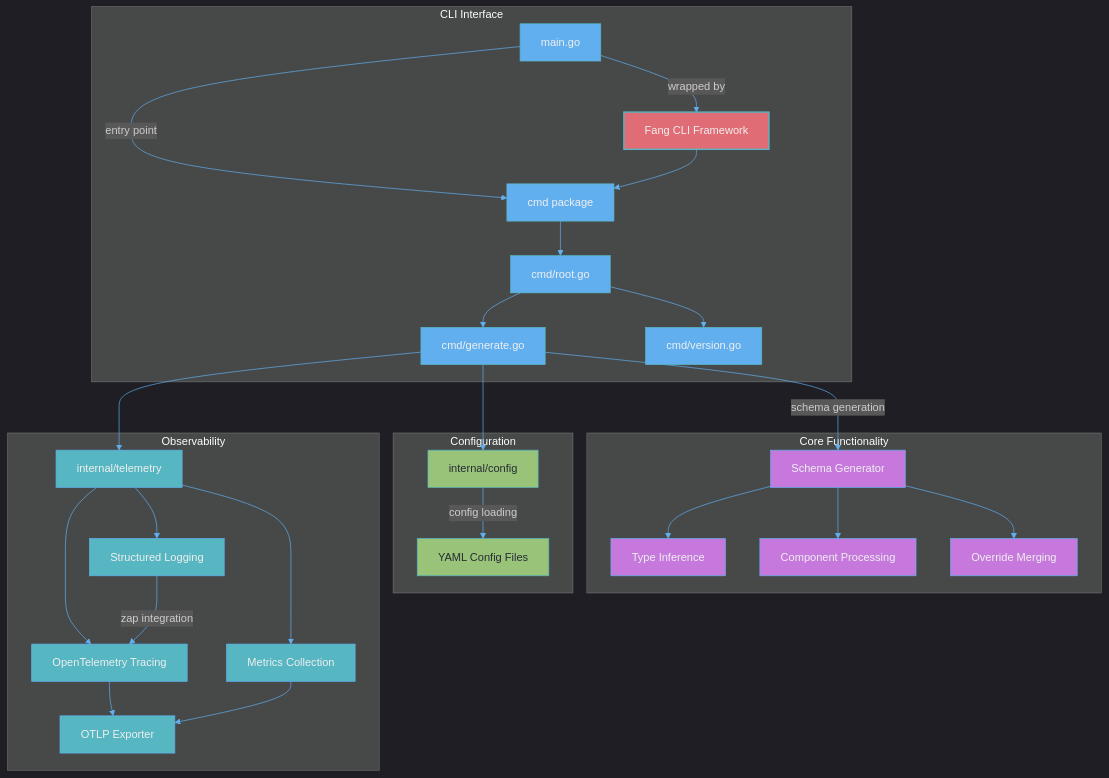
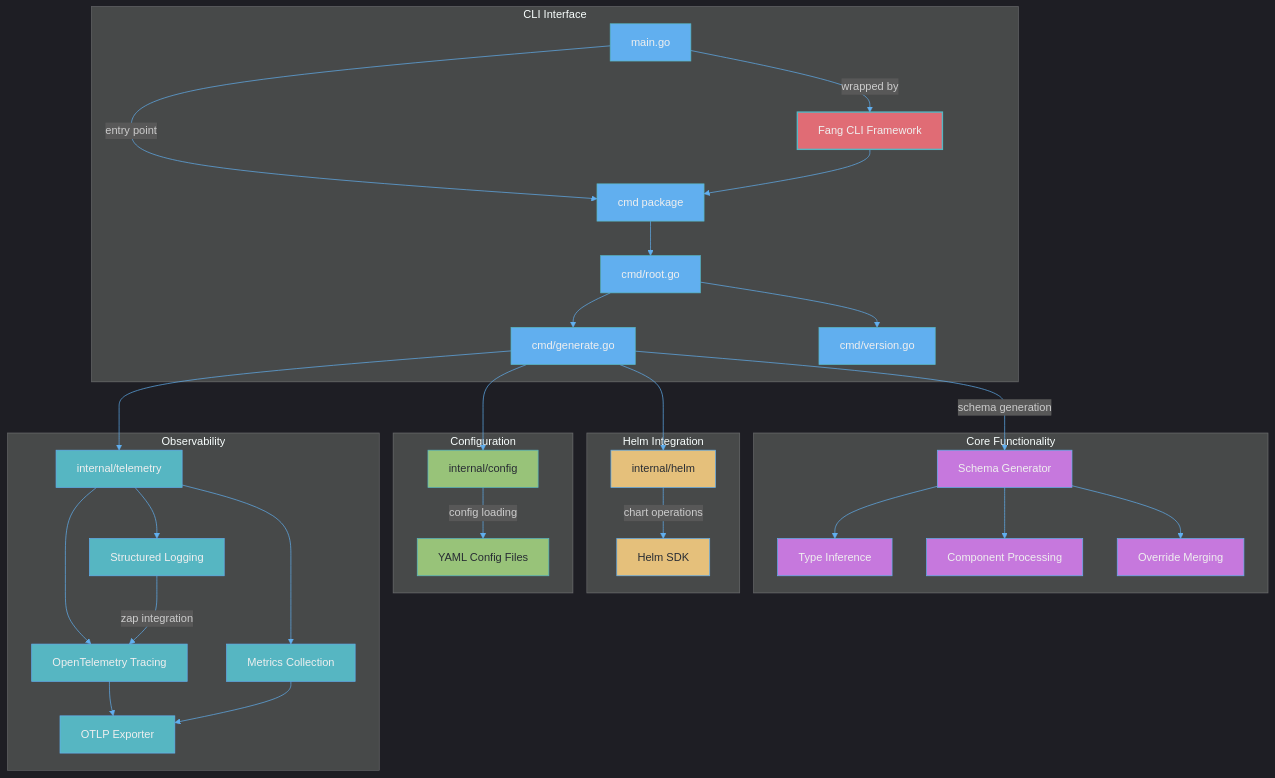
The diagram in README.md (mkm29/valet), drawn with Mermaid before and after one commit. The commit also changed other lines of this file and 5 other files, not shown here.

Commit message:
feat(helm): enhance Helm integration with structured logging and flexible configuration options

````diff
--- a/README.md
+++ b/README.md
@@ -66,65 +66,74 @@
 ```mermaid
 %%{
   init: {
     'theme': 'dark',
     'themeVariables': {
       'primaryColor': '#3e4451',
       'primaryTextColor': '#abb2bf',
       'primaryBorderColor': '#56b6c2',
       'lineColor': '#61afef',
       'secondaryColor': '#2c313c',
       'tertiaryColor': '#3b4048'
     }
   }
 }%%
 graph TD
     Main[main.go] --> |entry point| Cmd[cmd package]
     Cmd --> RootCmd[cmd/root.go]
     RootCmd --> GenerateCmd[cmd/generate.go]
     RootCmd --> VersionCmd[cmd/version.go]
     GenerateCmd --> Config[internal/config]
     GenerateCmd --> |schema generation| SchemaGen[Schema Generator]
     GenerateCmd --> Telemetry[internal/telemetry]
+    GenerateCmd --> Helm[internal/helm]
     Config --> |config loading| YAML[YAML Config Files]
+    Helm --> |chart operations| HelmSDK[Helm SDK]
 
     subgraph "Core Functionality"
         SchemaGen --> TypeInference[Type Inference]
         SchemaGen --> ComponentHandling[Component Processing]
         SchemaGen --> OverrideMerging[Override Merging]
+    end
+
+    subgraph "Helm Integration"
+        Helm
+        HelmSDK
     end
 
     subgraph "CLI Interface"
         Main --> |wrapped by| Fang[Fang CLI Framework]
         Fang --> Cmd
         Cmd
         RootCmd
         GenerateCmd
         VersionCmd
     end
 
     subgraph "Configuration"
         Config
         YAML
     end
 
     subgraph "Observability"
         Telemetry --> Tracing[OpenTelemetry Tracing]
         Telemetry --> Metrics[Metrics Collection]
         Telemetry --> Logging[Structured Logging]
         Tracing --> OTLP[OTLP Exporter]
         Metrics --> OTLP
         Logging --> |zap integration| Tracing
     end
 
     classDef core fill:#c678dd,stroke:#61afef,stroke-width:1px,color:#efefef;
     classDef cli fill:#61afef,stroke:#56b6c2,stroke-width:1px,color:#efefef;
     classDef config fill:#98c379,stroke:#56b6c2,stroke-width:1px,color:#282c34;
     classDef fang fill:#e06c75,stroke:#56b6c2,stroke-width:2px,color:#efefef;
     classDef telemetry fill:#56b6c2,stroke:#61afef,stroke-width:1px,color:#efefef;
+    classDef helm fill:#e5c07b,stroke:#61afef,stroke-width:1px,color:#282c34;
 
     class SchemaGen,TypeInference,ComponentHandling,OverrideMerging core;
     class Main,Cmd,RootCmd,GenerateCmd,VersionCmd cli;
     class Config,YAML config;
     class Fang fang;
     class Telemetry,Tracing,Metrics,Logging,OTLP telemetry;
+    class Helm,HelmSDK helm;
 ```
````
